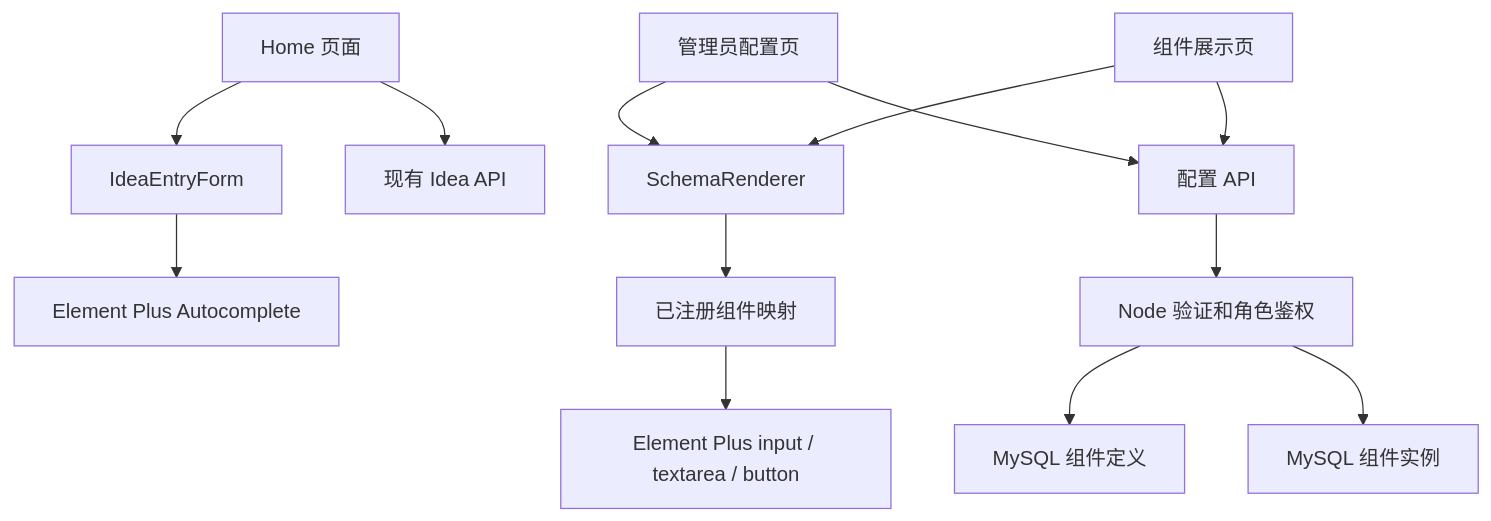
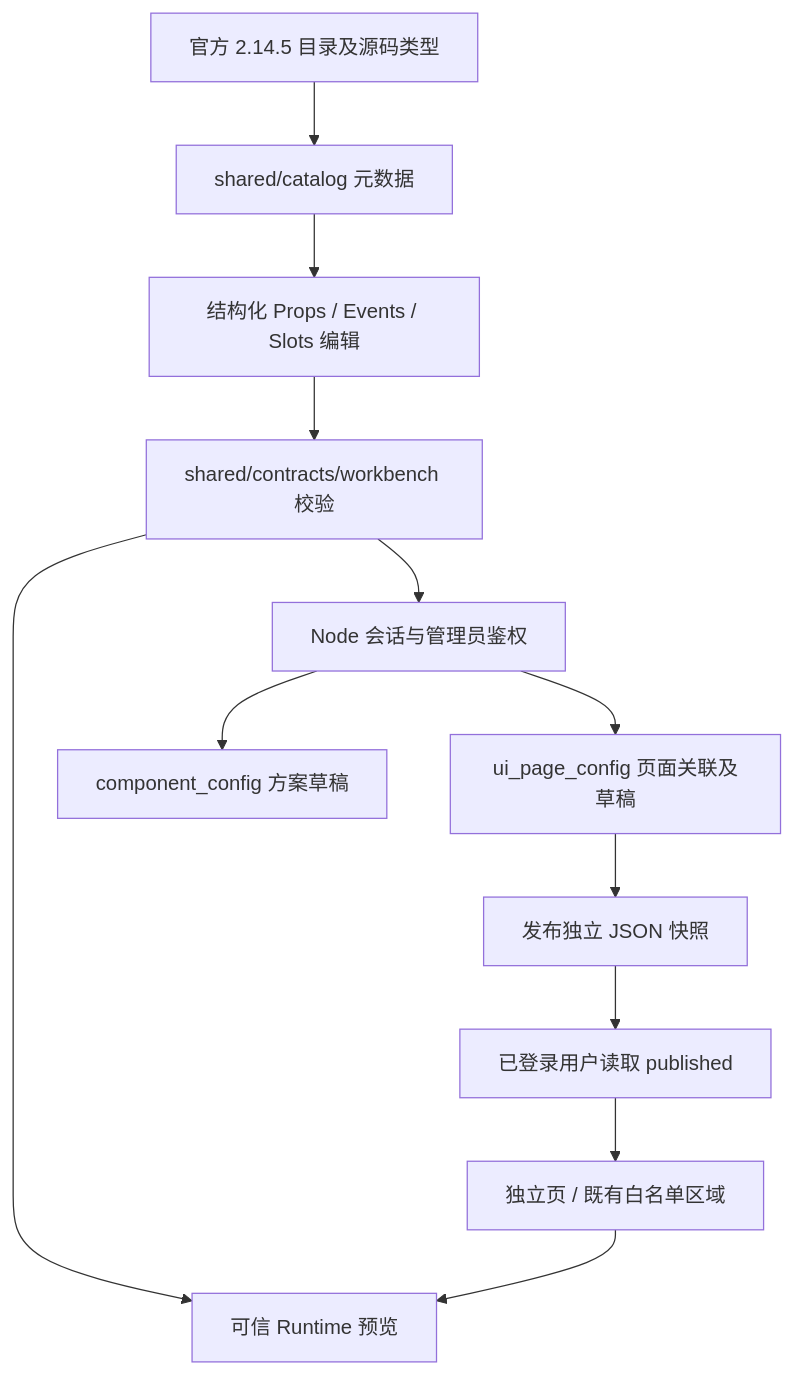
One commit to TheBoe1/idea-purify changed the diagram in docs/component-config-phase-a.md. Above: the diagram before and after it, drawn with Mermaid. The commit also changed other lines of this file and 6 other files, not shown here.

Commit message:
docs: record workbench architecture and verified acceptance

````diff
--- a/docs/component-config-phase-a.md
+++ b/docs/component-config-phase-a.md
@@ -23,15 +23,14 @@
 ```mermaid
 flowchart TD
-  Home[Home 页面] --> Form[IdeaEntryForm]
-  Form --> Auto[Element Plus Autocomplete]
-  Home --> IdeaAPI[现有 Idea API]
-  Manage[管理员配置页] --> Preview[SchemaRenderer]
-  Reuse[组件展示页] --> Preview
-  Preview --> Registry[已注册组件映射]
-  Registry --> Element[Element Plus input / textarea / button]
-  Manage --> ConfigAPI[配置 API]
-  Reuse --> ConfigAPI
-  ConfigAPI --> Node[Node 验证和角色鉴权]
-  Node --> Definitions[MySQL 组件定义]
-  Node --> Instances[MySQL 组件实例]
+  Catalog[官方 2.14.5 目录及源码类型] --> Contract[shared/catalog 元数据]
+  Contract --> Editor[结构化 Props / Events / Slots 编辑]
+  Editor --> Guard[shared/contracts/workbench 校验]
+  Guard --> Preview[可信 Runtime 预览]
+  Guard --> API[Node 会话与管理员鉴权]
+  API --> Template[component_config 方案草稿]
+  API --> Scene[ui_page_config 页面关联及草稿]
+  Scene --> Publish[发布独立 JSON 快照]
+  Publish --> RuntimeAPI[已登录用户读取 published]
+  RuntimeAPI --> Page[独立页 / 既有白名单区域]
+  Page --> Preview
 ```
````
